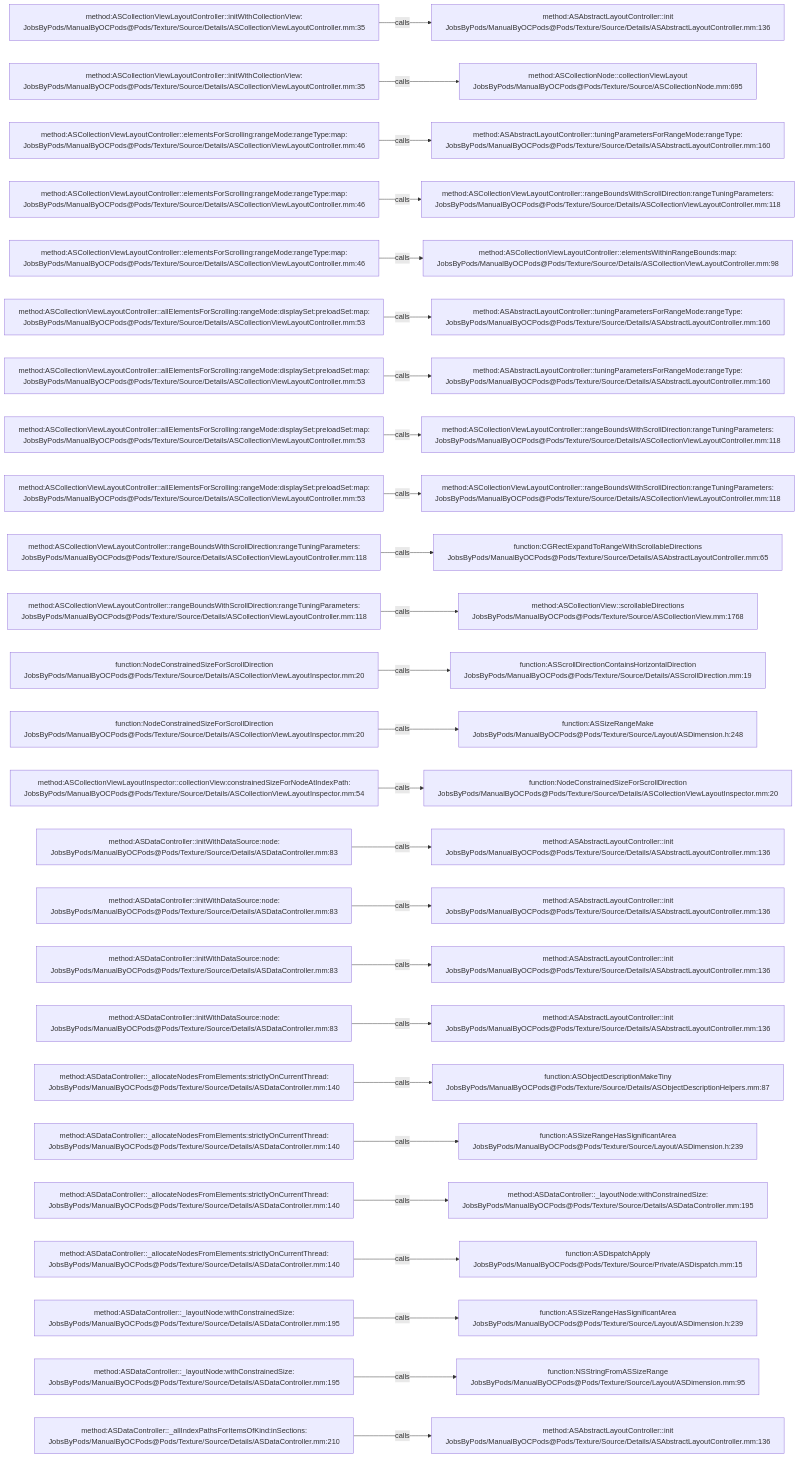
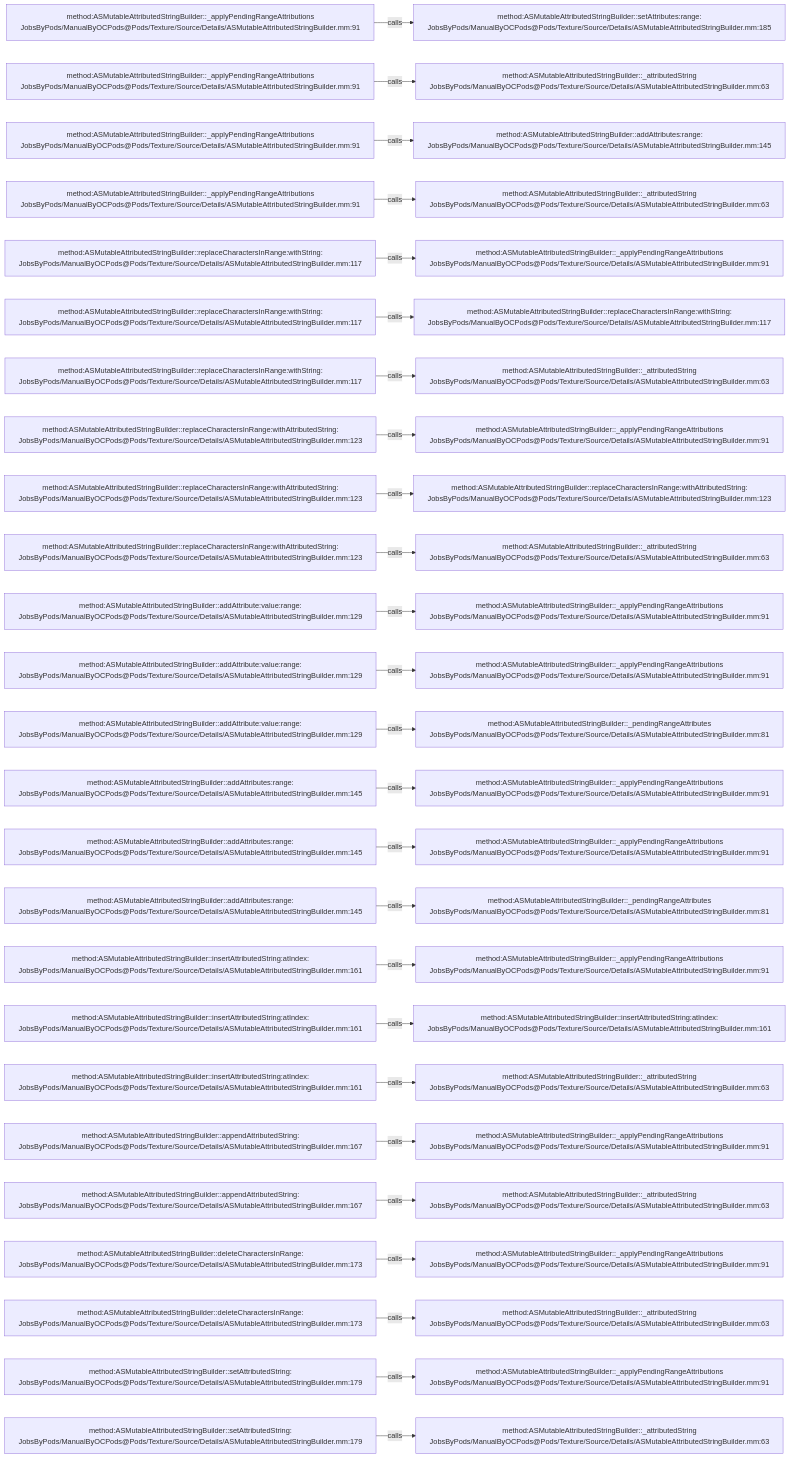
One commit to JobsKits/JobsOCBaseConfigDemo changed the diagram in .codegraph/codegraph.md/graphs/calls-161.md. Above: the diagram before and after it, drawn with Mermaid. The commit also changed 1223 other files, not shown here.

````diff
--- a/.codegraph/codegraph.md/graphs/calls-161.md
+++ b/.codegraph/codegraph.md/graphs/calls-161.md
@@ -13,78 +13,78 @@
 ```mermaid
 flowchart LR
-  S1["method:ASCollectionViewLayoutController::initWithCollectionView:<br/>JobsByPods/ManualByOCPods@Pods/Texture/Source/Details/ASCollectionViewLayoutController.mm:35"]
-  T1["method:ASAbstractLayoutController::init<br/>JobsByPods/ManualByOCPods@Pods/Texture/Source/Details/ASAbstractLayoutController.mm:136"]
+  S1["method:ASMutableAttributedStringBuilder::_applyPendingRangeAttributions<br/>JobsByPods/ManualByOCPods@Pods/Texture/Source/Details/ASMutableAttributedStringBuilder.mm:91"]
+  T1["method:ASMutableAttributedStringBuilder::setAttributes:range:<br/>JobsByPods/ManualByOCPods@Pods/Texture/Source/Details/ASMutableAttributedStringBuilder.mm:185"]
   S1 -->|calls| T1
-  S2["method:ASCollectionViewLayoutController::initWithCollectionView:<br/>JobsByPods/ManualByOCPods@Pods/Texture/Source/Details/ASCollectionViewLayoutController.mm:35"]
-  T2["method:ASCollectionNode::collectionViewLayout<br/>JobsByPods/ManualByOCPods@Pods/Texture/Source/ASCollectionNode.mm:695"]
+  S2["method:ASMutableAttributedStringBuilder::_applyPendingRangeAttributions<br/>JobsByPods/ManualByOCPods@Pods/Texture/Source/Details/ASMutableAttributedStringBuilder.mm:91"]
+  T2["method:ASMutableAttributedStringBuilder::_attributedString<br/>JobsByPods/ManualByOCPods@Pods/Texture/Source/Details/ASMutableAttributedStringBuilder.mm:63"]
   S2 -->|calls| T2
-  S3["method:ASCollectionViewLayoutController::elementsForScrolling:rangeMode:rangeType:map:<br/>JobsByPods/ManualByOCPods@Pods/Texture/Source/Details/ASCollectionViewLayoutController.mm:46"]
-  T3["method:ASAbstractLayoutController::tuningParametersForRangeMode:rangeType:<br/>JobsByPods/ManualByOCPods@Pods/Texture/Source/Details/ASAbstractLayoutController.mm:160"]
+  S3["method:ASMutableAttributedStringBuilder::_applyPendingRangeAttributions<br/>JobsByPods/ManualByOCPods@Pods/Texture/Source/Details/ASMutableAttributedStringBuilder.mm:91"]
+  T3["method:ASMutableAttributedStringBuilder::addAttributes:range:<br/>JobsByPods/ManualByOCPods@Pods/Texture/Source/Details/ASMutableAttributedStringBuilder.mm:145"]
   S3 -->|calls| T3
-  S4["method:ASCollectionViewLayoutController::elementsForScrolling:rangeMode:rangeType:map:<br/>JobsByPods/ManualByOCPods@Pods/Texture/Source/Details/ASCollectionViewLayoutController.mm:46"]
-  T4["method:ASCollectionViewLayoutController::rangeBoundsWithScrollDirection:rangeTuningParameters:<br/>JobsByPods/ManualByOCPods@Pods/Texture/Source/Details/ASCollectionViewLayoutController.mm:118"]
+  S4["method:ASMutableAttributedStringBuilder::_applyPendingRangeAttributions<br/>JobsByPods/ManualByOCPods@Pods/Texture/Source/Details/ASMutableAttributedStringBuilder.mm:91"]
+  T4["method:ASMutableAttributedStringBuilder::_attributedString<br/>JobsByPods/ManualByOCPods@Pods/Texture/Source/Details/ASMutableAttributedStringBuilder.mm:63"]
   S4 -->|calls| T4
-  S5["method:ASCollectionViewLayoutController::elementsForScrolling:rangeMode:rangeType:map:<br/>JobsByPods/ManualByOCPods@Pods/Texture/Source/Details/ASCollectionViewLayoutController.mm:46"]
-  T5["method:ASCollectionViewLayoutController::elementsWithinRangeBounds:map:<br/>JobsByPods/ManualByOCPods@Pods/Texture/Source/Details/ASCollectionViewLayoutController.mm:98"]
+  S5["method:ASMutableAttributedStringBuilder::replaceCharactersInRange:withString:<br/>JobsByPods/ManualByOCPods@Pods/Texture/Source/Details/ASMutableAttributedStringBuilder.mm:117"]
+  T5["method:ASMutableAttributedStringBuilder::_applyPendingRangeAttributions<br/>JobsByPods/ManualByOCPods@Pods/Texture/Source/Details/ASMutableAttributedStringBuilder.mm:91"]
   S5 -->|calls| T5
-  S6["method:ASCollectionViewLayoutController::allElementsForScrolling:rangeMode:displaySet:preloadSet:map:<br/>JobsByPods/ManualByOCPods@Pods/Texture/Source/Details/ASCollectionViewLayoutController.mm:53"]
-  T6["method:ASAbstractLayoutController::tuningParametersForRangeMode:rangeType:<br/>JobsByPods/ManualByOCPods@Pods/Texture/Source/Details/ASAbstractLayoutController.mm:160"]
+  S6["method:ASMutableAttributedStringBuilder::replaceCharactersInRange:withString:<br/>JobsByPods/ManualByOCPods@Pods/Texture/Source/Details/ASMutableAttributedStringBuilder.mm:117"]
+  T6["method:ASMutableAttributedStringBuilder::replaceCharactersInRange:withString:<br/>JobsByPods/ManualByOCPods@Pods/Texture/Source/Details/ASMutableAttributedStringBuilder.mm:117"]
   S6 -->|calls| T6
-  S7["method:ASCollectionViewLayoutController::allElementsForScrolling:rangeMode:displaySet:preloadSet:map:<br/>JobsByPods/ManualByOCPods@Pods/Texture/Source/Details/ASCollectionViewLayoutController.mm:53"]
-  T7["method:ASAbstractLayoutController::tuningParametersForRangeMode:rangeType:<br/>JobsByPods/ManualByOCPods@Pods/Texture/Source/Details/ASAbstractLayoutController.mm:160"]
+  S7["method:ASMutableAttributedStringBuilder::replaceCharactersInRange:withString:<br/>JobsByPods/ManualByOCPods@Pods/Texture/Source/Details/ASMutableAttributedStringBuilder.mm:117"]
+  T7["method:ASMutableAttributedStringBuilder::_attributedString<br/>JobsByPods/ManualByOCPods@Pods/Texture/Source/Details/ASMutableAttributedStringBuilder.mm:63"]
   S7 -->|calls| T7
-  S8["method:ASCollectionViewLayoutController::allElementsForScrolling:rangeMode:displaySet:preloadSet:map:<br/>JobsByPods/ManualByOCPods@Pods/Texture/Source/Details/ASCollectionViewLayoutController.mm:53"]
-  T8["method:ASCollectionViewLayoutController::rangeBoundsWithScrollDirection:rangeTuningParameters:<br/>JobsByPods/ManualByOCPods@Pods/Texture/Source/Details/ASCollectionViewLayoutController.mm:118"]
+  S8["method:ASMutableAttributedStringBuilder::replaceCharactersInRange:withAttributedString:<br/>JobsByPods/ManualByOCPods@Pods/Texture/Source/Details/ASMutableAttributedStringBuilder.mm:123"]
+  T8["method:ASMutableAttributedStringBuilder::_applyPendingRangeAttributions<br/>JobsByPods/ManualByOCPods@Pods/Texture/Source/Details/ASMutableAttributedStringBuilder.mm:91"]
   S8 -->|calls| T8
-  S9["method:ASCollectionViewLayoutController::allElementsForScrolling:rangeMode:displaySet:preloadSet:map:<br/>JobsByPods/ManualByOCPods@Pods/Texture/Source/Details/ASCollectionViewLayoutController.mm:53"]
-  T9["method:ASCollectionViewLayoutController::rangeBoundsWithScrollDirection:rangeTuningParameters:<br/>JobsByPods/ManualByOCPods@Pods/Texture/Source/Details/ASCollectionViewLayoutController.mm:118"]
+  S9["method:ASMutableAttributedStringBuilder::replaceCharactersInRange:withAttributedString:<br/>JobsByPods/ManualByOCPods@Pods/Texture/Source/Details/ASMutableAttributedStringBuilder.mm:123"]
+  T9["method:ASMutableAttributedStringBuilder::replaceCharactersInRange:withAttributedString:<br/>JobsByPods/ManualByOCPods@Pods/Texture/Source/Details/ASMutableAttributedStringBuilder.mm:123"]
   S9 -->|calls| T9
-  S10["method:ASCollectionViewLayoutController::rangeBoundsWithScrollDirection:rangeTuningParameters:<br/>JobsByPods/ManualByOCPods@Pods/Texture/Source/Details/ASCollectionViewLayoutController.mm:118"]
-  T10["function:CGRectExpandToRangeWithScrollableDirections<br/>JobsByPods/ManualByOCPods@Pods/Texture/Source/Details/ASAbstractLayoutController.mm:65"]
+  S10["method:ASMutableAttributedStringBuilder::replaceCharactersInRange:withAttributedString:<br/>JobsByPods/ManualByOCPods@Pods/Texture/Source/Details/ASMutableAttributedStringBuilder.mm:123"]
+  T10["method:ASMutableAttributedStringBuilder::_attributedString<br/>JobsByPods/ManualByOCPods@Pods/Texture/Source/Details/ASMutableAttributedStringBuilder.mm:63"]
   S10 -->|calls| T10
-  S11["method:ASCollectionViewLayoutController::rangeBoundsWithScrollDirection:rangeTuningParameters:<br/>JobsByPods/ManualByOCPods@Pods/Texture/Source/Details/ASCollectionViewLayoutController.mm:118"]
-  T11["method:ASCollectionView::scrollableDirections<br/>JobsByPods/ManualByOCPods@Pods/Texture/Source/ASCollectionView.mm:1768"]
+  S11["method:ASMutableAttributedStringBuilder::addAttribute:value:range:<br/>JobsByPods/ManualByOCPods@Pods/Texture/Source/Details/ASMutableAttributedStringBuilder.mm:129"]
+  T11["method:ASMutableAttributedStringBuilder::_applyPendingRangeAttributions<br/>JobsByPods/ManualByOCPods@Pods/Texture/Source/Details/ASMutableAttributedStringBuilder.mm:91"]
   S11 -->|calls| T11
-  S12["function:NodeConstrainedSizeForScrollDirection<br/>JobsByPods/ManualByOCPods@Pods/Texture/Source/Details/ASCollectionViewLayoutInspector.mm:20"]
-  T12["function:ASScrollDirectionContainsHorizontalDirection<br/>JobsByPods/ManualByOCPods@Pods/Texture/Source/Details/ASScrollDirection.mm:19"]
+  S12["method:ASMutableAttributedStringBuilder::addAttribute:value:range:<br/>JobsByPods/ManualByOCPods@Pods/Texture/Source/Details/ASMutableAttributedStringBuilder.mm:129"]
+  T12["method:ASMutableAttributedStringBuilder::_applyPendingRangeAttributions<br/>JobsByPods/ManualByOCPods@Pods/Texture/Source/Details/ASMutableAttributedStringBuilder.mm:91"]
   S12 -->|calls| T12
-  S13["function:NodeConstrainedSizeForScrollDirection<br/>JobsByPods/ManualByOCPods@Pods/Texture/Source/Details/ASCollectionViewLayoutInspector.mm:20"]
-  T13["function:ASSizeRangeMake<br/>JobsByPods/ManualByOCPods@Pods/Texture/Source/Layout/ASDimension.h:248"]
+  S13["method:ASMutableAttributedStringBuilder::addAttribute:value:range:<br/>JobsByPods/ManualByOCPods@Pods/Texture/Source/Details/ASMutableAttributedStringBuilder.mm:129"]
+  T13["method:ASMutableAttributedStringBuilder::_pendingRangeAttributes<br/>JobsByPods/ManualByOCPods@Pods/Texture/Source/Details/ASMutableAttributedStringBuilder.mm:81"]
   S13 -->|calls| T13
-  S14["method:ASCollectionViewLayoutInspector::collectionView:constrainedSizeForNodeAtIndexPath:<br/>JobsByPods/ManualByOCPods@Pods/Texture/Source/Details/ASCollectionViewLayoutInspector.mm:54"]
-  T14["function:NodeConstrainedSizeForScrollDirection<br/>JobsByPods/ManualByOCPods@Pods/Texture/Source/Details/ASCollectionViewLayoutInspector.mm:20"]
+  S14["method:ASMutableAttributedStringBuilder::addAttributes:range:<br/>JobsByPods/ManualByOCPods@Pods/Texture/Source/Details/ASMutableAttributedStringBuilder.mm:145"]
+  T14["method:ASMutableAttributedStringBuilder::_applyPendingRangeAttributions<br/>JobsByPods/ManualByOCPods@Pods/Texture/Source/Details/ASMutableAttributedStringBuilder.mm:91"]
   S14 -->|calls| T14
-  S15["method:ASDataController::initWithDataSource:node:<br/>JobsByPods/ManualByOCPods@Pods/Texture/Source/Details/ASDataController.mm:83"]
-  T15["method:ASAbstractLayoutController::init<br/>JobsByPods/ManualByOCPods@Pods/Texture/Source/Details/ASAbstractLayoutController.mm:136"]
+  S15["method:ASMutableAttributedStringBuilder::addAttributes:range:<br/>JobsByPods/ManualByOCPods@Pods/Texture/Source/Details/ASMutableAttributedStringBuilder.mm:145"]
+  T15["method:ASMutableAttributedStringBuilder::_applyPendingRangeAttributions<br/>JobsByPods/ManualByOCPods@Pods/Texture/Source/Details/ASMutableAttributedStringBuilder.mm:91"]
   S15 -->|calls| T15
-  S16["method:ASDataController::initWithDataSource:node:<br/>JobsByPods/ManualByOCPods@Pods/Texture/Source/Details/ASDataController.mm:83"]
-  T16["method:ASAbstractLayoutController::init<br/>JobsByPods/ManualByOCPods@Pods/Texture/Source/Details/ASAbstractLayoutController.mm:136"]
+  S16["method:ASMutableAttributedStringBuilder::addAttributes:range:<br/>JobsByPods/ManualByOCPods@Pods/Texture/Source/Details/ASMutableAttributedStringBuilder.mm:145"]
+  T16["method:ASMutableAttributedStringBuilder::_pendingRangeAttributes<br/>JobsByPods/ManualByOCPods@Pods/Texture/Source/Details/ASMutableAttributedStringBuilder.mm:81"]
   S16 -->|calls| T16
-  S17["method:ASDataController::initWithDataSource:node:<br/>JobsByPods/ManualByOCPods@Pods/Texture/Source/Details/ASDataController.mm:83"]
-  T17["method:ASAbstractLayoutController::init<br/>JobsByPods/ManualByOCPods@Pods/Texture/Source/Details/ASAbstractLayoutController.mm:136"]
+  S17["method:ASMutableAttributedStringBuilder::insertAttributedString:atIndex:<br/>JobsByPods/ManualByOCPods@Pods/Texture/Source/Details/ASMutableAttributedStringBuilder.mm:161"]
+  T17["method:ASMutableAttributedStringBuilder::_applyPendingRangeAttributions<br/>JobsByPods/ManualByOCPods@Pods/Texture/Source/Details/ASMutableAttributedStringBuilder.mm:91"]
   S17 -->|calls| T17
-  S18["method:ASDataController::initWithDataSource:node:<br/>JobsByPods/ManualByOCPods@Pods/Texture/Source/Details/ASDataController.mm:83"]
-  T18["method:ASAbstractLayoutController::init<br/>JobsByPods/ManualByOCPods@Pods/Texture/Source/Details/ASAbstractLayoutController.mm:136"]
+  S18["method:ASMutableAttributedStringBuilder::insertAttributedString:atIndex:<br/>JobsByPods/ManualByOCPods@Pods/Texture/Source/Details/ASMutableAttributedStringBuilder.mm:161"]
+  T18["method:ASMutableAttributedStringBuilder::insertAttributedString:atIndex:<br/>JobsByPods/ManualByOCPods@Pods/Texture/Source/Details/ASMutableAttributedStringBuilder.mm:161"]
   S18 -->|calls| T18
-  S19["method:ASDataController::_allocateNodesFromElements:strictlyOnCurrentThread:<br/>JobsByPods/ManualByOCPods@Pods/Texture/Source/Details/ASDataController.mm:140"]
-  T19["function:ASObjectDescriptionMakeTiny<br/>JobsByPods/ManualByOCPods@Pods/Texture/Source/Details/ASObjectDescriptionHelpers.mm:87"]
+  S19["method:ASMutableAttributedStringBuilder::insertAttributedString:atIndex:<br/>JobsByPods/ManualByOCPods@Pods/Texture/Source/Details/ASMutableAttributedStringBuilder.mm:161"]
+  T19["method:ASMutableAttributedStringBuilder::_attributedString<br/>JobsByPods/ManualByOCPods@Pods/Texture/Source/Details/ASMutableAttributedStringBuilder.mm:63"]
   S19 -->|calls| T19
-  S20["method:ASDataController::_allocateNodesFromElements:strictlyOnCurrentThread:<br/>JobsByPods/ManualByOCPods@Pods/Texture/Source/Details/ASDataController.mm:140"]
-  T20["function:ASSizeRangeHasSignificantArea<br/>JobsByPods/ManualByOCPods@Pods/Texture/Source/Layout/ASDimension.h:239"]
+  S20["method:ASMutableAttributedStringBuilder::appendAttributedString:<br/>JobsByPods/ManualByOCPods@Pods/Texture/Source/Details/ASMutableAttributedStringBuilder.mm:167"]
+  T20["method:ASMutableAttributedStringBuilder::_applyPendingRangeAttributions<br/>JobsByPods/ManualByOCPods@Pods/Texture/Source/Details/ASMutableAttributedStringBuilder.mm:91"]
   S20 -->|calls| T20
-  S21["method:ASDataController::_allocateNodesFromElements:strictlyOnCurrentThread:<br/>JobsByPods/ManualByOCPods@Pods/Texture/Source/Details/ASDataController.mm:140"]
-  T21["method:ASDataController::_layoutNode:withConstrainedSize:<br/>JobsByPods/ManualByOCPods@Pods/Texture/Source/Details/ASDataController.mm:195"]
+  S21["method:ASMutableAttributedStringBuilder::appendAttributedString:<br/>JobsByPods/ManualByOCPods@Pods/Texture/Source/Details/ASMutableAttributedStringBuilder.mm:167"]
+  T21["method:ASMutableAttributedStringBuilder::_attributedString<br/>JobsByPods/ManualByOCPods@Pods/Texture/Source/Details/ASMutableAttributedStringBuilder.mm:63"]
   S21 -->|calls| T21
-  S22["method:ASDataController::_allocateNodesFromElements:strictlyOnCurrentThread:<br/>JobsByPods/ManualByOCPods@Pods/Texture/Source/Details/ASDataController.mm:140"]
-  T22["function:ASDispatchApply<br/>JobsByPods/ManualByOCPods@Pods/Texture/Source/Private/ASDispatch.mm:15"]
+  S22["method:ASMutableAttributedStringBuilder::deleteCharactersInRange:<br/>JobsByPods/ManualByOCPods@Pods/Texture/Source/Details/ASMutableAttributedStringBuilder.mm:173"]
+  T22["method:ASMutableAttributedStringBuilder::_applyPendingRangeAttributions<br/>JobsByPods/ManualByOCPods@Pods/Texture/Source/Details/ASMutableAttributedStringBuilder.mm:91"]
   S22 -->|calls| T22
-  S23["method:ASDataController::_layoutNode:withConstrainedSize:<br/>JobsByPods/ManualByOCPods@Pods/Texture/Source/Details/ASDataController.mm:195"]
-  T23["function:ASSizeRangeHasSignificantArea<br/>JobsByPods/ManualByOCPods@Pods/Texture/Source/Layout/ASDimension.h:239"]
+  S23["method:ASMutableAttributedStringBuilder::deleteCharactersInRange:<br/>JobsByPods/ManualByOCPods@Pods/Texture/Source/Details/ASMutableAttributedStringBuilder.mm:173"]
+  T23["method:ASMutableAttributedStringBuilder::_attributedString<br/>JobsByPods/ManualByOCPods@Pods/Texture/Source/Details/ASMutableAttributedStringBuilder.mm:63"]
   S23 -->|calls| T23
-  S24["method:ASDataController::_layoutNode:withConstrainedSize:<br/>JobsByPods/ManualByOCPods@Pods/Texture/Source/Details/ASDataController.mm:195"]
-  T24["function:NSStringFromASSizeRange<br/>JobsByPods/ManualByOCPods@Pods/Texture/Source/Layout/ASDimension.mm:95"]
+  S24["method:ASMutableAttributedStringBuilder::setAttributedString:<br/>JobsByPods/ManualByOCPods@Pods/Texture/Source/Details/ASMutableAttributedStringBuilder.mm:179"]
+  T24["method:ASMutableAttributedStringBuilder::_applyPendingRangeAttributions<br/>JobsByPods/ManualByOCPods@Pods/Texture/Source/Details/ASMutableAttributedStringBuilder.mm:91"]
   S24 -->|calls| T24
-  S25["method:ASDataController::_allIndexPathsForItemsOfKind:inSections:<br/>JobsByPods/ManualByOCPods@Pods/Texture/Source/Details/ASDataController.mm:210"]
-  T25["method:ASAbstractLayoutController::init<br/>JobsByPods/ManualByOCPods@Pods/Texture/Source/Details/ASAbstractLayoutController.mm:136"]
+  S25["method:ASMutableAttributedStringBuilder::setAttributedString:<br/>JobsByPods/ManualByOCPods@Pods/Texture/Source/Details/ASMutableAttributedStringBuilder.mm:179"]
+  T25["method:ASMutableAttributedStringBuilder::_attributedString<br/>JobsByPods/ManualByOCPods@Pods/Texture/Source/Details/ASMutableAttributedStringBuilder.mm:63"]
   S25 -->|calls| T25
 ```
````
